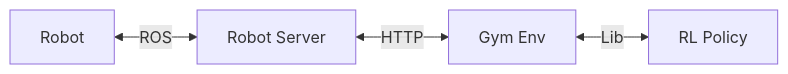
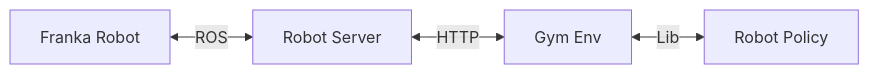
Before and after one commit to rail-berkeley/serl: the diagram in README.md, drawn with Mermaid. The commit also changed other lines of this file and 6 other files, not shown here.

````diff
--- a/README.md
+++ b/README.md
@@ -179,6 +207,6 @@
 ```mermaid
 graph LR
-A[Robot] <-- ROS --> B[Robot Server]
+A[Franka Robot] <-- ROS --> B[Robot Server]
 B <-- HTTP --> C[Gym Env]
-C <-- Lib --> D[RL Policy]
+C <-- Lib --> D[Robot Policy]
 ```
````
